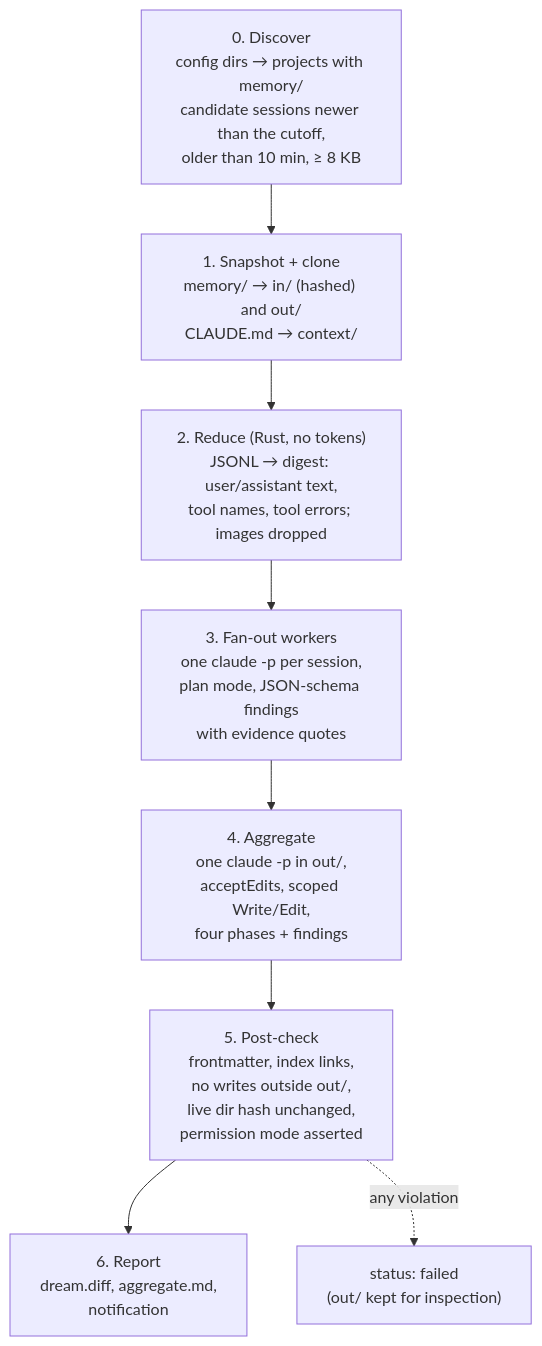
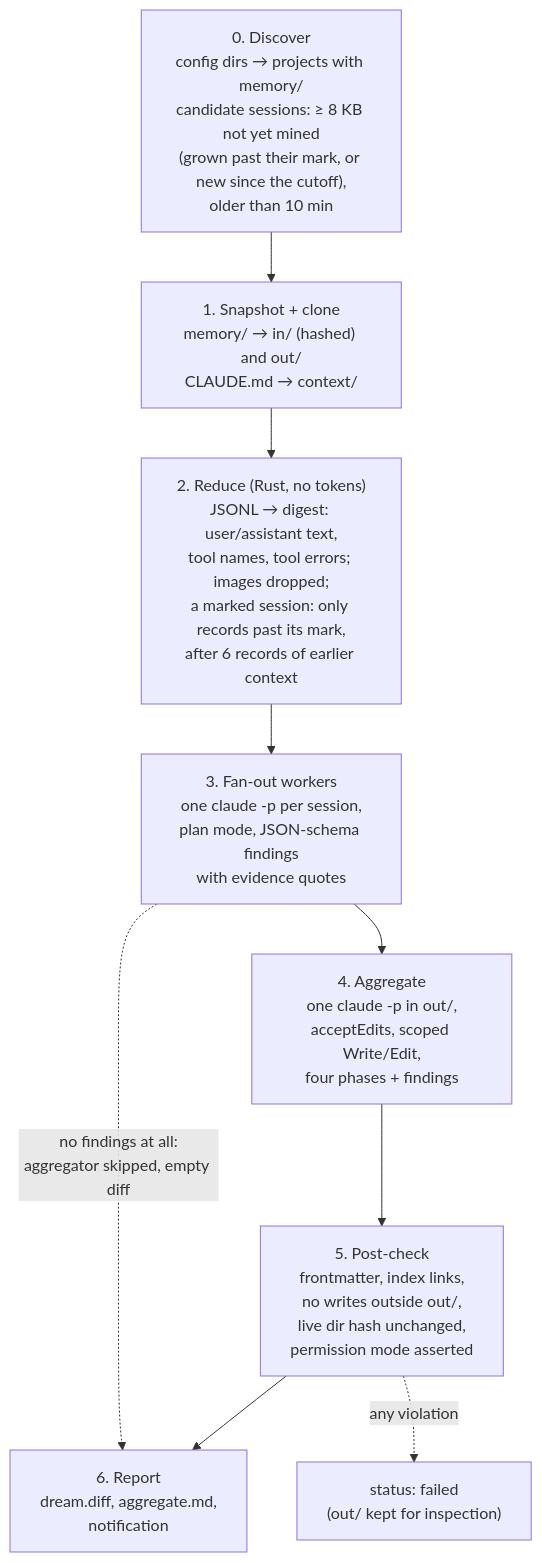
One commit to Dev916/dreamd changed the second of 5 diagrams in docs/inspiration-and-design.md. Above: the diagram before and after it, drawn with Mermaid. The commit also changed other lines of this file and 2 other files, not shown here.

Commit message:
docs: only what changed

````diff
--- a/docs/inspiration-and-design.md
+++ b/docs/inspiration-and-design.md
@@ -44,12 +44,13 @@
 ```mermaid
 flowchart TD
-    S0["0. Discover<br/>config dirs → projects with memory/<br/>candidate sessions newer than the cutoff,<br/>older than 10 min, ≥ 8 KB"]
+    S0["0. Discover<br/>config dirs → projects with memory/<br/>candidate sessions: ≥ 8 KB not yet mined<br/>(grown past their mark, or new since the cutoff),<br/>older than 10 min"]
     S1["1. Snapshot + clone<br/>memory/ → in/ (hashed) and out/<br/>CLAUDE.md → context/"]
-    S2["2. Reduce (Rust, no tokens)<br/>JSONL → digest: user/assistant text,<br/>tool names, tool errors; images dropped"]
+    S2["2. Reduce (Rust, no tokens)<br/>JSONL → digest: user/assistant text,<br/>tool names, tool errors; images dropped;<br/>a marked session: only records past its mark,<br/>after 6 records of earlier context"]
     S3["3. Fan-out workers<br/>one claude -p per session,<br/>plan mode, JSON-schema findings<br/>with evidence quotes"]
     S4["4. Aggregate<br/>one claude -p in out/,<br/>acceptEdits, scoped Write/Edit,<br/>four phases + findings"]
     S5["5. Post-check<br/>frontmatter, index links,<br/>no writes outside out/,<br/>live dir hash unchanged,<br/>permission mode asserted"]
     S6["6. Report<br/>dream.diff, aggregate.md,<br/>notification"]
     S0 --> S1 --> S2 --> S3 --> S4 --> S5 --> S6
+    S3 -. "no findings at all:<br/>aggregator skipped, empty diff" .-> S6
     S5 -. "any violation" .-> F["status: failed<br/>(out/ kept for inspection)"]
 ```
````
